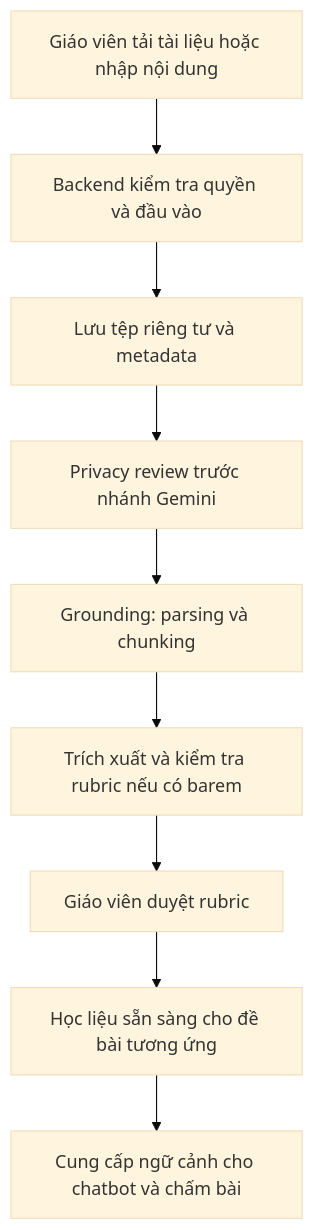
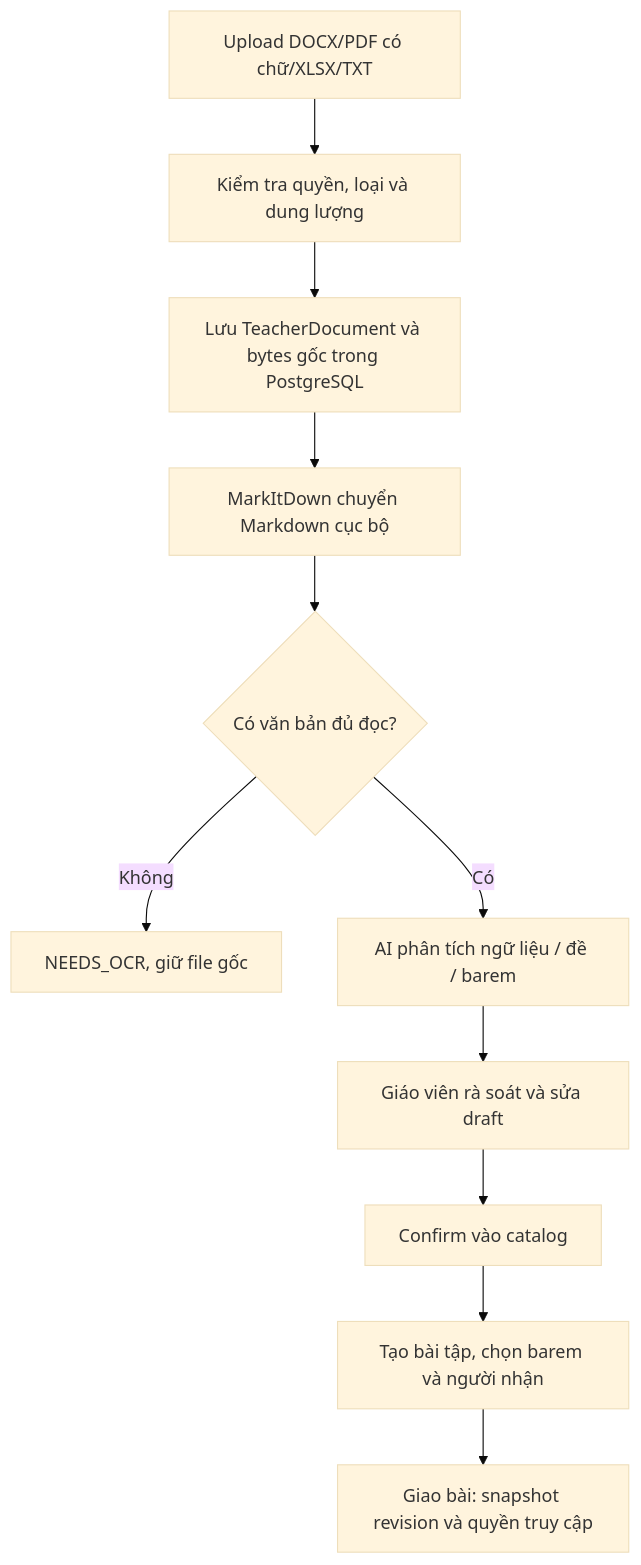
Before and after one commit to Dang-Huy1910/EduLit-AI: the diagram in docs/architecture/knowledge-and-chatbot.md, drawn with Mermaid (base theme). The commit also changed other lines of this file and 209 other files, not shown here.

````diff
--- a/docs/architecture/knowledge-and-chatbot.md
+++ b/docs/architecture/knowledge-and-chatbot.md
@@ -27,11 +24,13 @@
 ```mermaid
 flowchart TD
-    A[Giáo viên tải tài liệu hoặc nhập nội dung] --> B[Backend kiểm tra quyền và đầu vào]
-    B --> C[Lưu tệp riêng tư và metadata]
-    C --> P[Privacy review trước nhánh Gemini]
-    P --> D[Grounding: parsing và chunking]
-    D --> E[Trích xuất và kiểm tra rubric nếu có barem]
-    E --> R[Giáo viên duyệt rubric]
-    R --> F[Học liệu sẵn sàng cho đề bài tương ứng]
-    F --> G[Cung cấp ngữ cảnh cho chatbot và chấm bài]
+    A[Upload DOCX/PDF có chữ/XLSX/TXT] --> B[Kiểm tra quyền, loại và dung lượng]
+    B --> C[Lưu TeacherDocument và bytes gốc trong PostgreSQL]
+    C --> D[MarkItDown chuyển Markdown cục bộ]
+    D --> E{Có văn bản đủ đọc?}
+    E -- Không --> F[NEEDS_OCR, giữ file gốc]
+    E -- Có --> G[AI phân tích ngữ liệu / đề / barem]
+    G --> H[Giáo viên rà soát và sửa draft]
+    H --> I[Confirm vào catalog]
+    I --> J[Tạo bài tập, chọn barem và người nhận]
+    J --> K[Giao bài: snapshot revision và quyền truy cập]
 ```
````
